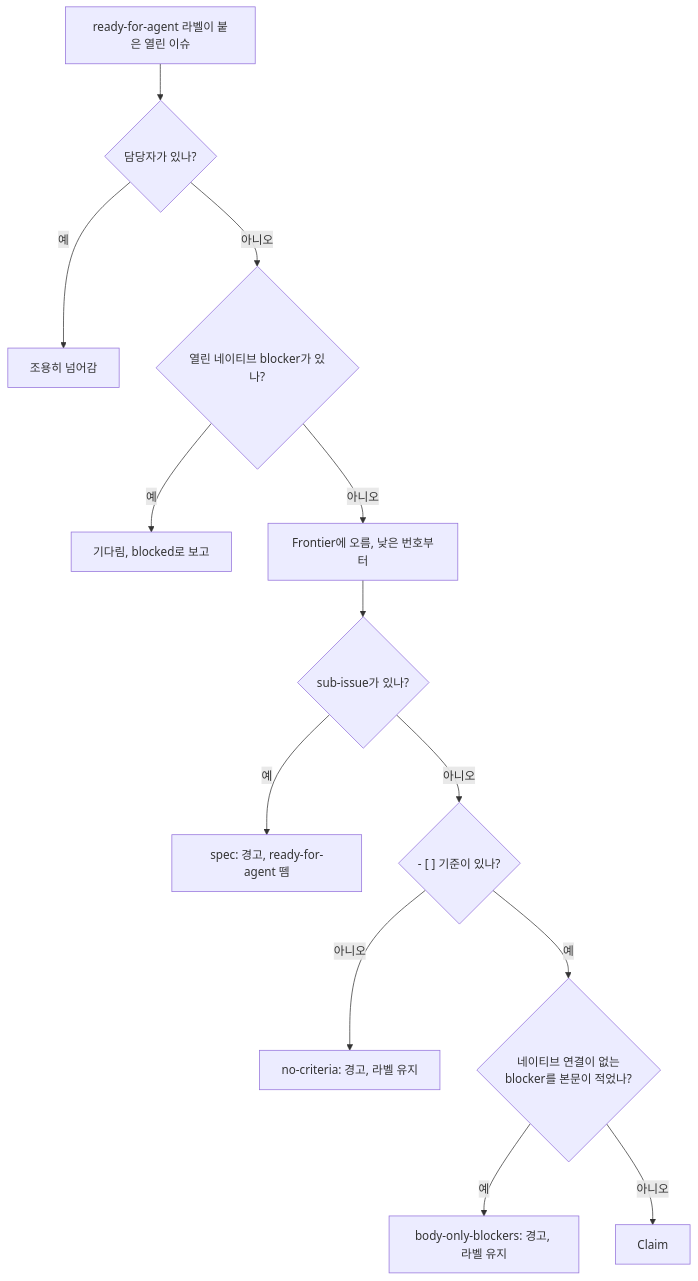
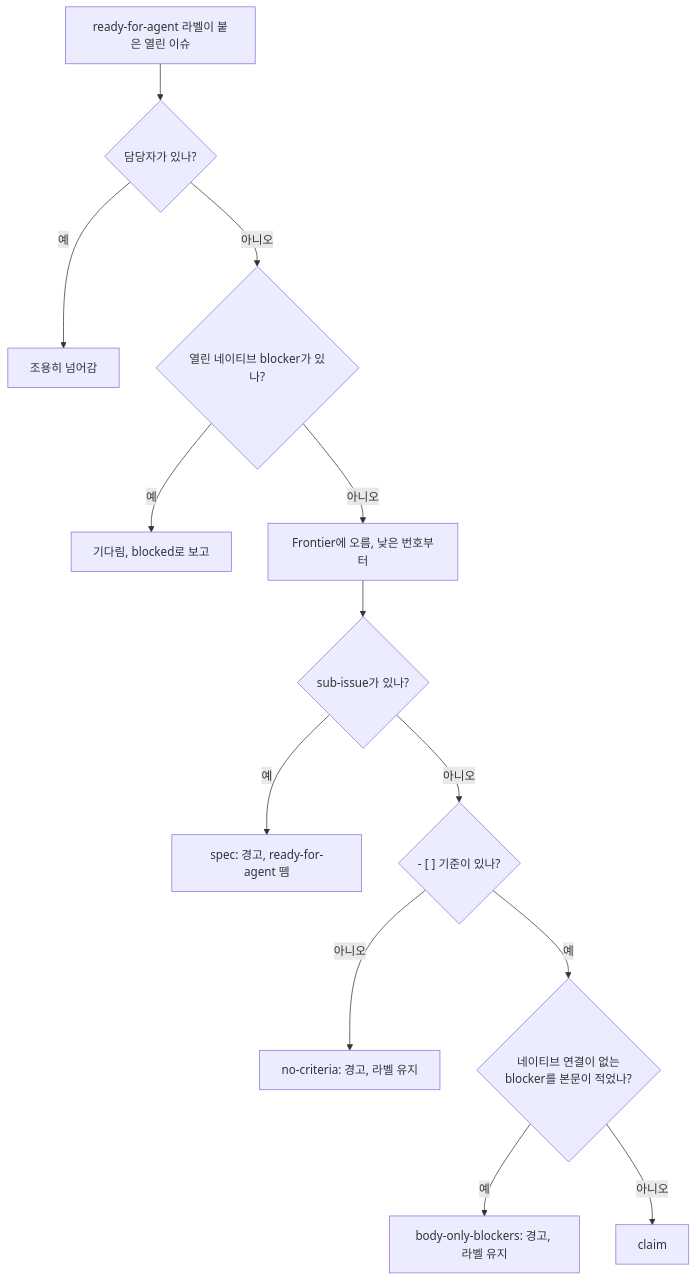
The diagram in wiki/ko/guide/planning.md (jjongs2/ticket-runner), drawn with Mermaid before and after one commit. The commit also changed other lines of this file and 20 other files, not shown here.

````diff
--- a/wiki/ko/guide/planning.md
+++ b/wiki/ko/guide/planning.md
@@ -100,15 +100,15 @@
 ```mermaid
 flowchart TD
   A["ready-for-agent 라벨이 붙은 열린 이슈"] --> B{"담당자가 있나?"}
   B -- 예 --> Z["조용히 넘어감"]
   B -- 아니오 --> C{"열린 네이티브 blocker가 있나?"}
   C -- 예 --> W["기다림, blocked로 보고"]
   C -- 아니오 --> F["Frontier에 오름, 낮은 번호부터"]
   F --> G1{"sub-issue가 있나?"}
   G1 -- 예 --> S["spec: 경고, ready-for-agent 뗌"]
   G1 -- 아니오 --> G2{"- [ ] 기준이 있나?"}
   G2 -- 아니오 --> N["no-criteria: 경고, 라벨 유지"]
   G2 -- 예 --> G3{"네이티브 연결이 없는<br>blocker를 본문이 적었나?"}
   G3 -- 예 --> O["body-only-blockers: 경고, 라벨 유지"]
-  G3 -- 아니오 --> CL["Claim"]
+  G3 -- 아니오 --> CL["claim"]
 ```
````
